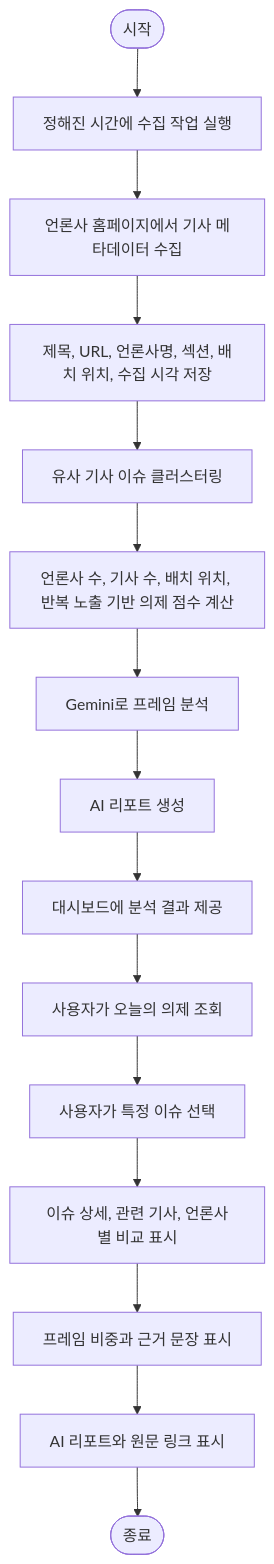
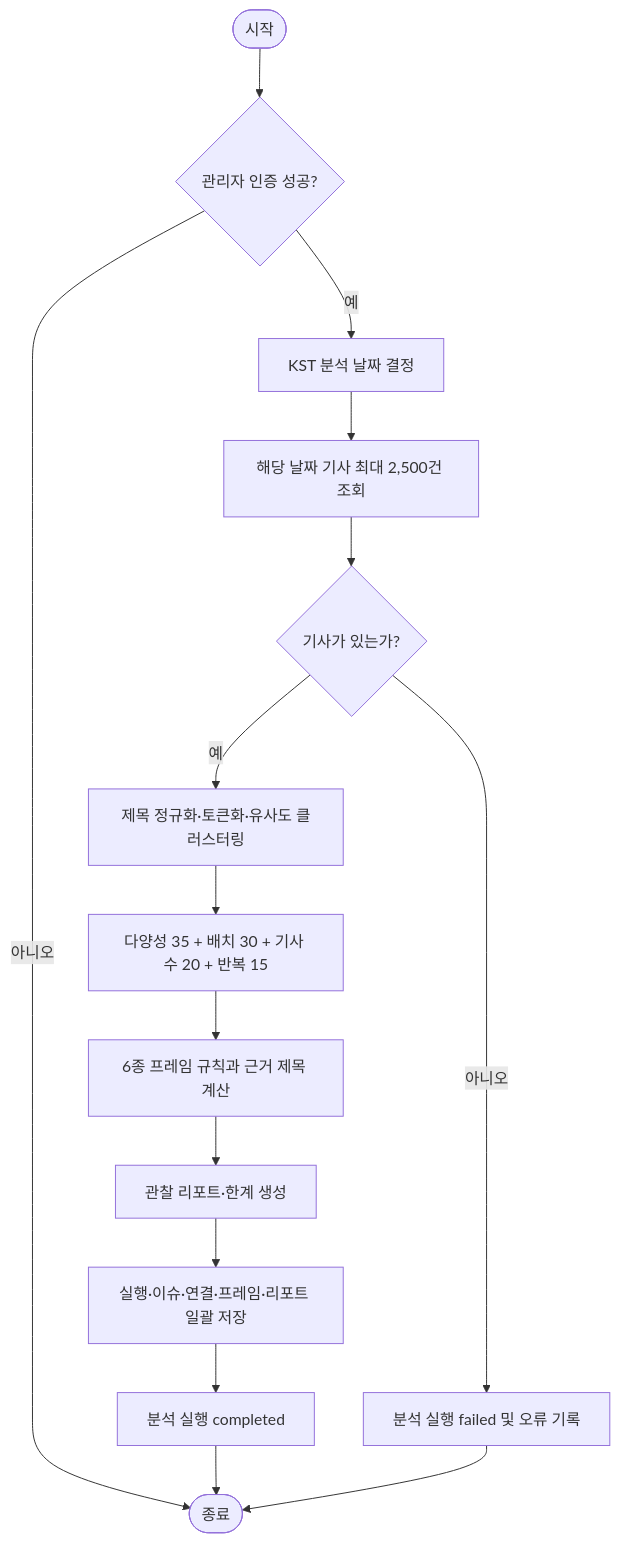
The third of 6 diagrams in AgendaFrame_11_UML.md (kjh01072299206-png/AgendaFrame), drawn with Mermaid before and after one commit. The commit also changed other lines of this file and 29 other files, not shown here.

Commit message:
Implement real-data analysis architecture

````diff
--- a/AgendaFrame_11_UML.md
+++ b/AgendaFrame_11_UML.md
@@ -177,33 +125,23 @@
 ```mermaid
 flowchart TD
-    Start([시작])
-    Schedule["정해진 시간에 수집 작업 실행"]
-    Crawl["언론사 홈페이지에서 기사 메타데이터 수집"]
-    SaveRaw["제목, URL, 언론사명, 섹션, 배치 위치, 수집 시각 저장"]
-    Cluster["유사 기사 이슈 클러스터링"]
-    Score["언론사 수, 기사 수, 배치 위치, 반복 노출 기반 의제 점수 계산"]
-    Frame["Gemini로 프레임 분석"]
-    Report["AI 리포트 생성"]
-    Dashboard["대시보드에 분석 결과 제공"]
-    UserOpen["사용자가 오늘의 의제 조회"]
-    SelectIssue["사용자가 특정 이슈 선택"]
-    ShowDetail["이슈 상세, 관련 기사, 언론사별 비교 표시"]
-    ShowFrame["프레임 비중과 근거 문장 표시"]
-    ShowReport["AI 리포트와 원문 링크 표시"]
-    End([종료])
+    Start(["시작"])
+    Auth{"관리자 인증 성공?"}
+    Date["KST 분석 날짜 결정"]
+    Load["해당 날짜 기사 최대 2,500건 조회"]
+    Exists{"기사가 있는가?"}
+    Cluster["제목 정규화·토큰화·유사도 클러스터링"]
+    Score["다양성 35 + 배치 30 + 기사 수 20 + 반복 15"]
+    Frame["6종 프레임 규칙과 근거 제목 계산"]
+    Report["관찰 리포트·한계 생성"]
+    Save["실행·이슈·연결·프레임·리포트 일괄 저장"]
+    Complete["분석 실행 completed"]
+    Fail["분석 실행 failed 및 오류 기록"]
+    End(["종료"])
 
-    Start --> Schedule
-    Schedule --> Crawl
-    Crawl --> SaveRaw
-    SaveRaw --> Cluster
-    Cluster --> Score
-    Score --> Frame
-    Frame --> Report
-    Report --> Dashboard
-    Dashboard --> UserOpen
-    UserOpen --> SelectIssue
-    SelectIssue --> ShowDetail
-    ShowDetail --> ShowFrame
-    ShowFrame --> ShowReport
-    ShowReport --> End
+    Start --> Auth
+    Auth -->|"예"| Date
+    Auth -->|"아니오"| End
+    Date --> Load --> Exists
+    Exists -->|"예"| Cluster --> Score --> Frame --> Report --> Save --> Complete --> End
+    Exists -->|"아니오"| Fail --> End
 ```
````
